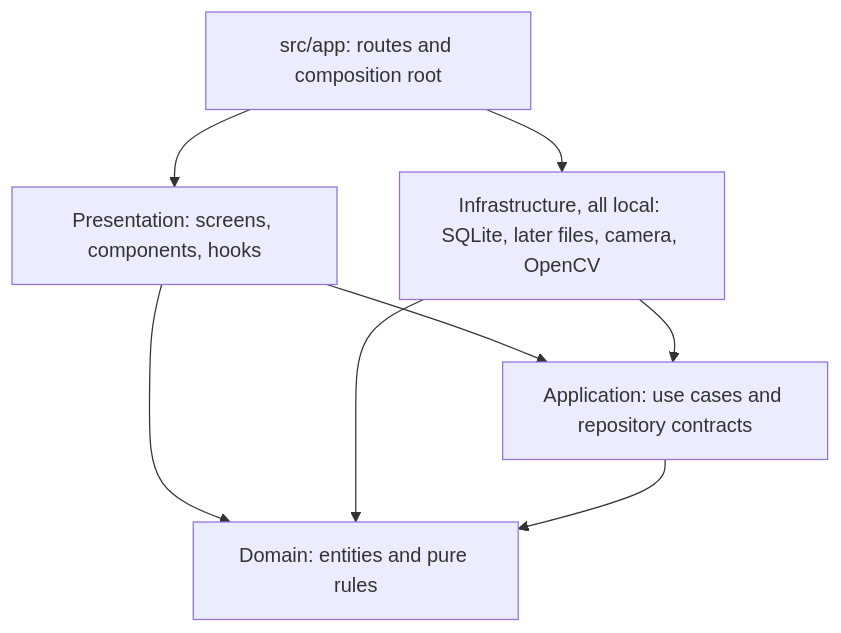
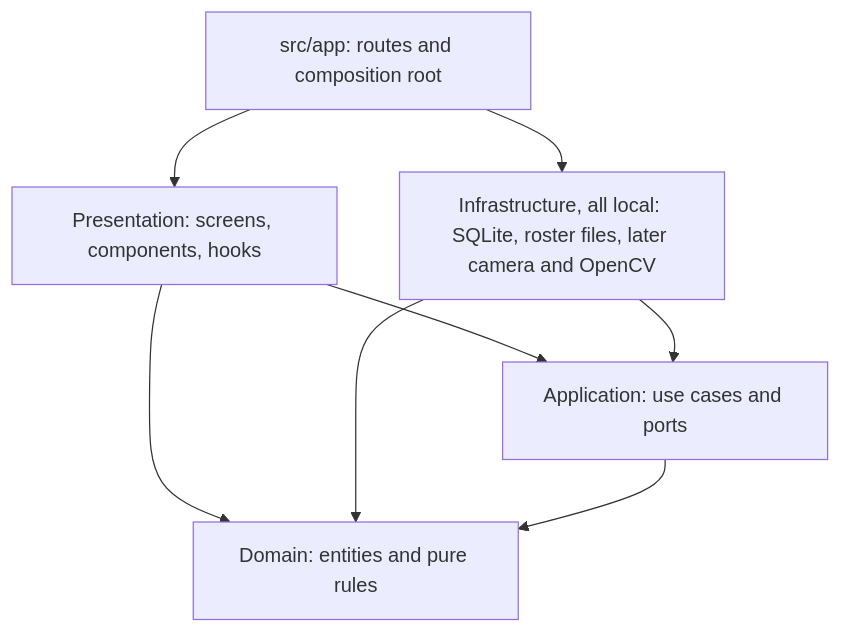
The third of 12 diagrams in docs/diagrams.md (nicolaseugenio2022-cyber/answer-checker), drawn with Mermaid before and after one commit. The commit also changed other lines of this file and 6 other files, not shown here.

First line of the commit message:
docs: synchronize documentation with schema version 4

````diff
--- a/docs/diagrams.md
+++ b/docs/diagrams.md
@@ -65,16 +70,16 @@
 ```mermaid
 flowchart TD
     ROUTES["src/app: routes and composition root"]
     PRES["Presentation: screens, components, hooks"]
-    INFRA["Infrastructure, all local: SQLite, later files, camera, OpenCV"]
-    APP["Application: use cases and repository contracts"]
+    INFRA["Infrastructure, all local: SQLite, roster files, later camera and OpenCV"]
+    APP["Application: use cases and ports"]
     DOMAIN["Domain: entities and pure rules"]
 
     ROUTES --> PRES
     ROUTES --> INFRA
     PRES --> APP
     PRES --> DOMAIN
     INFRA --> APP
     INFRA --> DOMAIN
     APP --> DOMAIN
 ```
````
